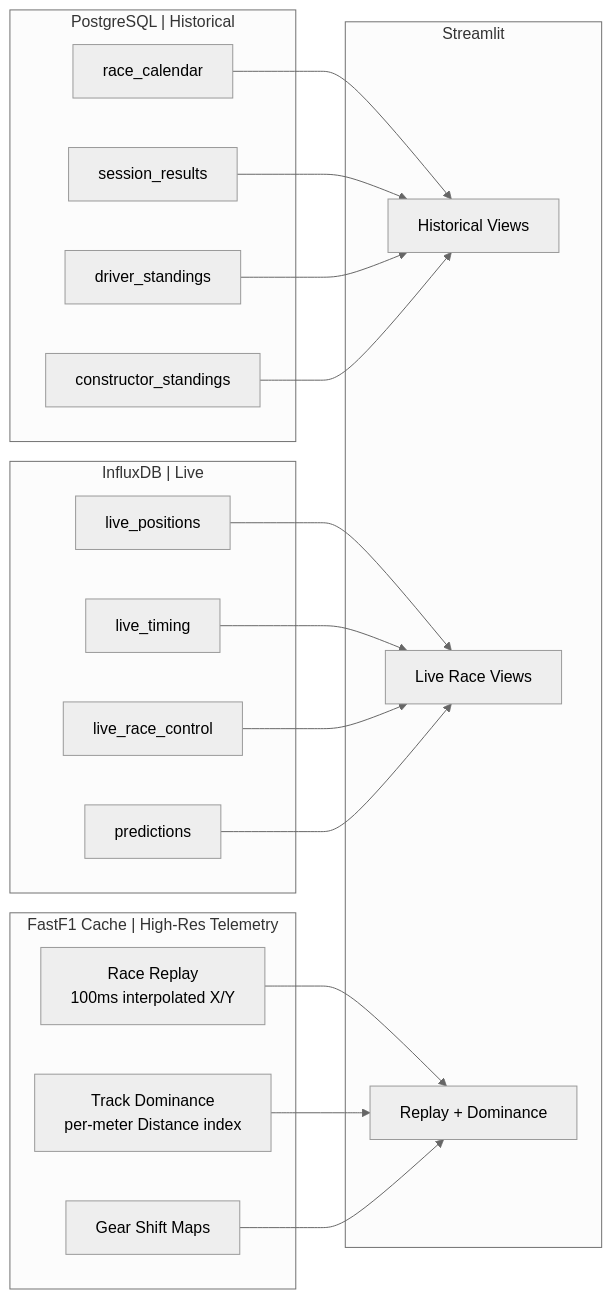
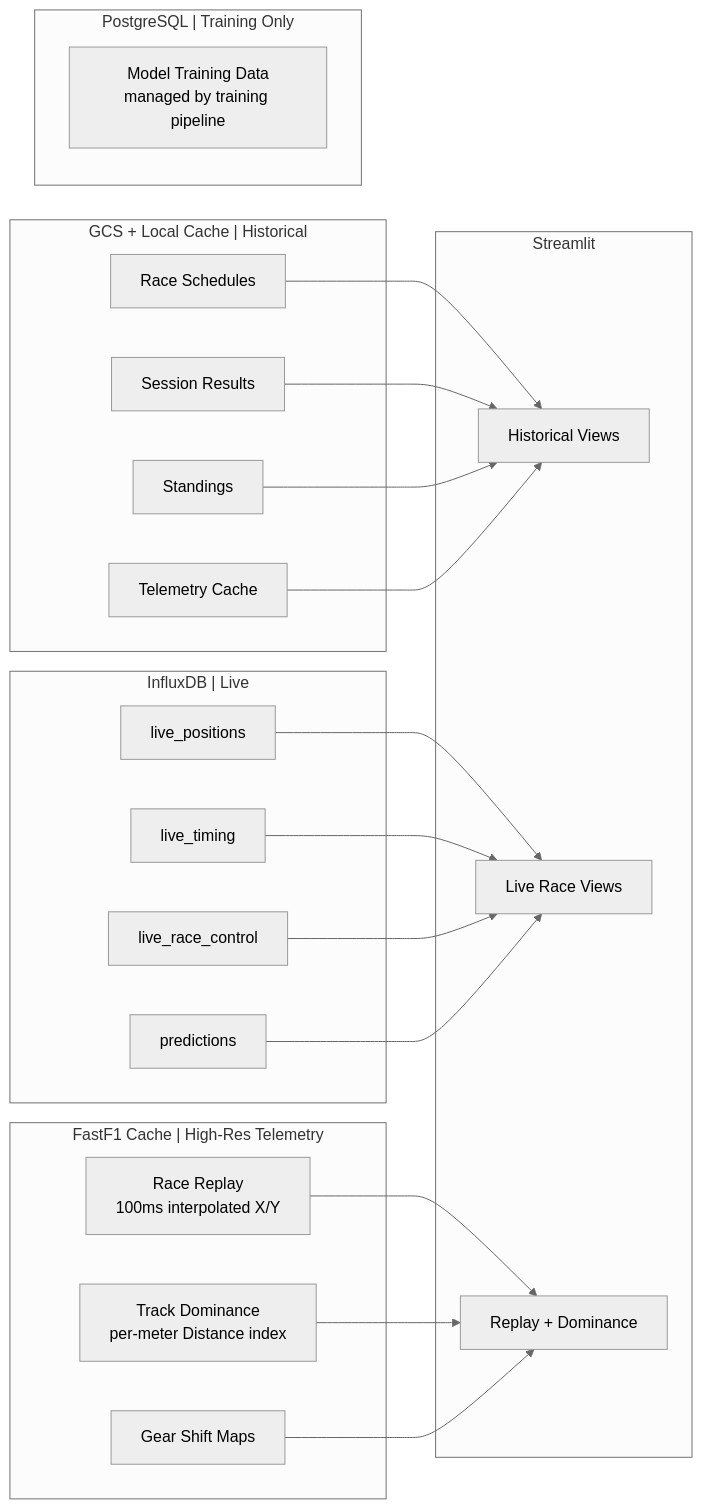
One commit to nmk-k66-uet/F1-Chubby-Data changed the fourth of 11 diagrams in revised_plan.md. Above: the diagram before and after it, drawn with Mermaid (neutral theme). The commit also changed other lines of this file and 19 other files, not shown here.

Commit message:
change: rework the loader flow to use another blob

````diff
--- a/revised_plan.md
+++ b/revised_plan.md
@@ -122,32 +121,36 @@
 ```mermaid
 flowchart LR
-    subgraph PG ["PostgreSQL | Historical"]
-        RC[race_calendar]
-        SR[session_results]
-        DS[driver_standings]
-        CS[constructor_standings]
+    subgraph GCS_CACHE ["GCS + Local Cache | Historical"]
+        SCHED[Race Schedules]
+        RESULTS[Session Results]
+        STANDS[Standings]
+        TEL_CACHE[Telemetry Cache]
     end
 
     subgraph IDB ["InfluxDB | Live"]
         LP[live_positions]
         LTM[live_timing]
         LRC[live_race_control]
         PRED[predictions]
     end
 
     subgraph FF1 ["FastF1 Cache | High-Res Telemetry"]
         REPLAY[Race Replay<br/>100ms interpolated X/Y]
         DOM[Track Dominance<br/>per-meter Distance index]
         GEAR[Gear Shift Maps]
     end
 
+    subgraph PG ["PostgreSQL | Training Only"]
+        PG_DATA[Model Training Data<br/>managed by training pipeline]
+    end
+
     subgraph ST ["Streamlit"]
         HIST[Historical Views]
         LIVE[Live Race Views]
         HIRES[Replay + Dominance]
     end
 
-    RC & SR & DS & CS --> HIST
+    SCHED & RESULTS & STANDS & TEL_CACHE --> HIST
     LP & LTM & LRC & PRED --> LIVE
     REPLAY & DOM & GEAR --> HIRES
 ```
````
